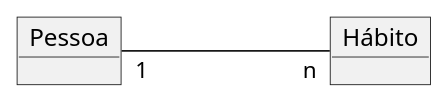
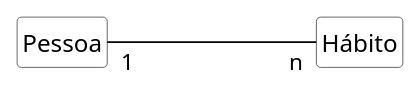
One commit to kyriosdata/oo changed the diagram in imagens/modelos-02/mod02ima01/mod02ima01.plantuml. Above: the diagram before and after it, drawn with PlantUML. The commit also changed 26 other files, not shown here.

```diff
--- a/imagens/modelos-02/mod02ima01/mod02ima01.plantuml
+++ b/imagens/modelos-02/mod02ima01/mod02ima01.plantuml
@@ -1,6 +1,15 @@
 @startuml mod02ima01
-object "Pessoa" as pe
-object "Hábito" as ha
+hide circle
+hide methods
+hide empty members
+
+skinparam class {
+    BackgroundColor White
+    ArrowColor Black
+    BorderColor #505050
+}
+class "Pessoa" as pe
+class "Hábito" as ha
 left to right direction
 pe"1" --- "n"ha
 @enduml
```
